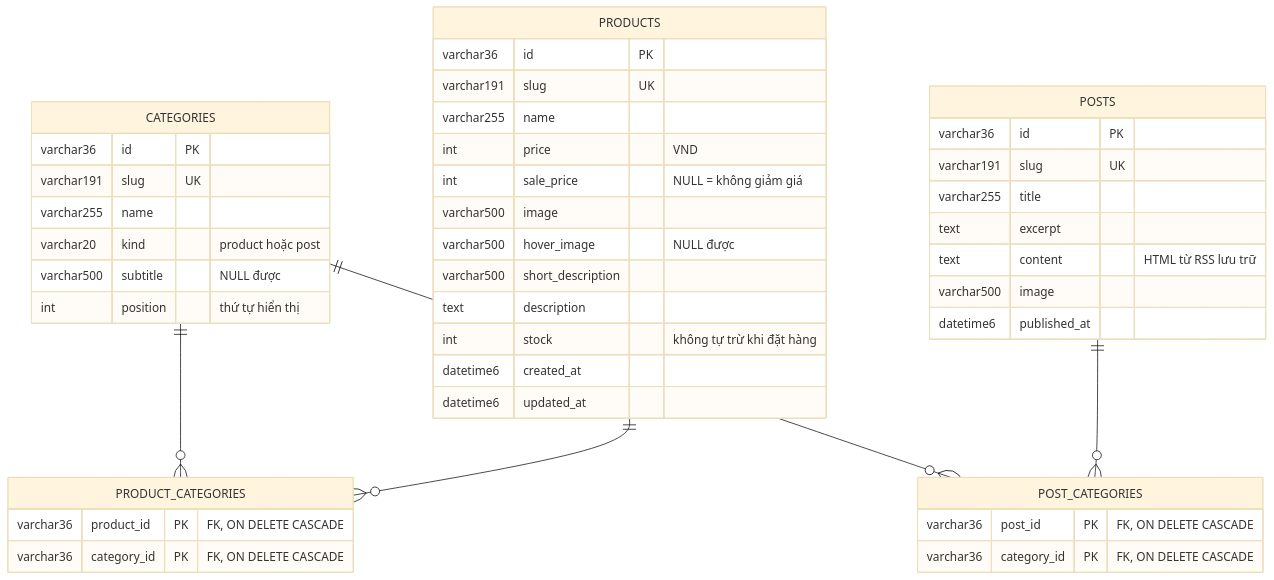
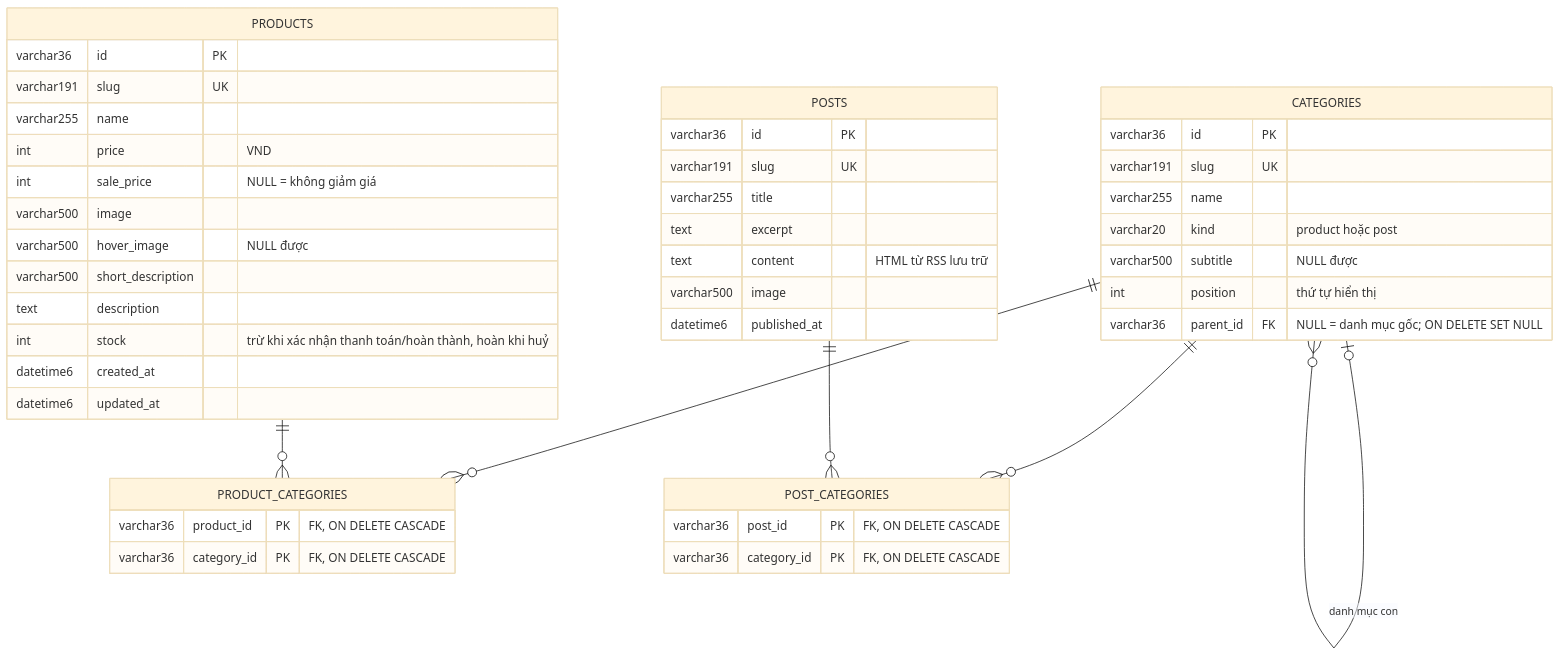
Diagram 48 of 51 in docs/SRS.md (ngvuowng/doan), drawn with Mermaid (base theme) before and after one commit. The commit also changed other lines of this file and 63 other files, not shown here.

First line of the commit message:
Thêm phân quyền nhân sự, hệ thống cửa hàng kèm phí giao hàng, trừ tồn kho và danh mục hai cấp

````diff
--- a/docs/SRS.md
+++ b/docs/SRS.md
@@ -2562,47 +2686,49 @@
 ```mermaid
 erDiagram
     CATEGORIES {
         varchar36 id PK
         varchar191 slug UK
         varchar255 name
         varchar20 kind "product hoặc post"
         varchar500 subtitle "NULL được"
         int position "thứ tự hiển thị"
+        varchar36 parent_id FK "NULL = danh mục gốc; ON DELETE SET NULL"
     }
     PRODUCTS {
         varchar36 id PK
         varchar191 slug UK
         varchar255 name
         int price "VND"
         int sale_price "NULL = không giảm giá"
         varchar500 image
         varchar500 hover_image "NULL được"
         varchar500 short_description
         text description
-        int stock "không tự trừ khi đặt hàng"
+        int stock "trừ khi xác nhận thanh toán/hoàn thành, hoàn khi huỷ"
         datetime6 created_at
         datetime6 updated_at
     }
     POSTS {
         varchar36 id PK
         varchar191 slug UK
         varchar255 title
         text excerpt
         text content "HTML từ RSS lưu trữ"
         varchar500 image
         datetime6 published_at
     }
     PRODUCT_CATEGORIES {
         varchar36 product_id PK "FK, ON DELETE CASCADE"
         varchar36 category_id PK "FK, ON DELETE CASCADE"
     }
     POST_CATEGORIES {
         varchar36 post_id PK "FK, ON DELETE CASCADE"
         varchar36 category_id PK "FK, ON DELETE CASCADE"
     }
 
+    CATEGORIES |o--o{ CATEGORIES : "danh mục con"
     CATEGORIES ||--o{ PRODUCT_CATEGORIES : ""
     PRODUCTS   ||--o{ PRODUCT_CATEGORIES : ""
     CATEGORIES ||--o{ POST_CATEGORIES : ""
     POSTS      ||--o{ POST_CATEGORIES : ""
 ```
````
